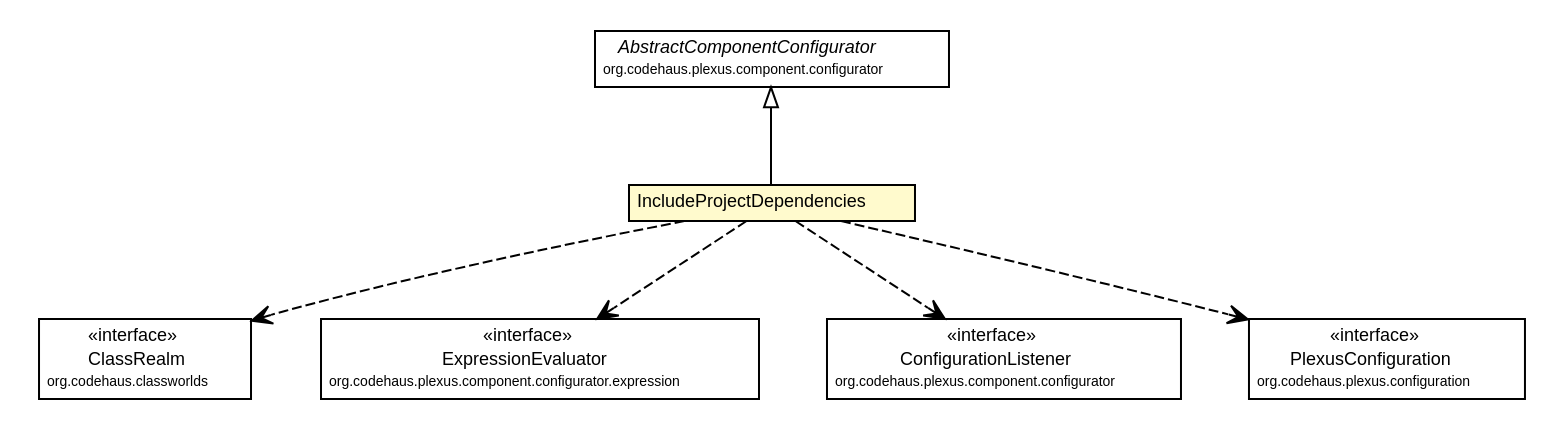
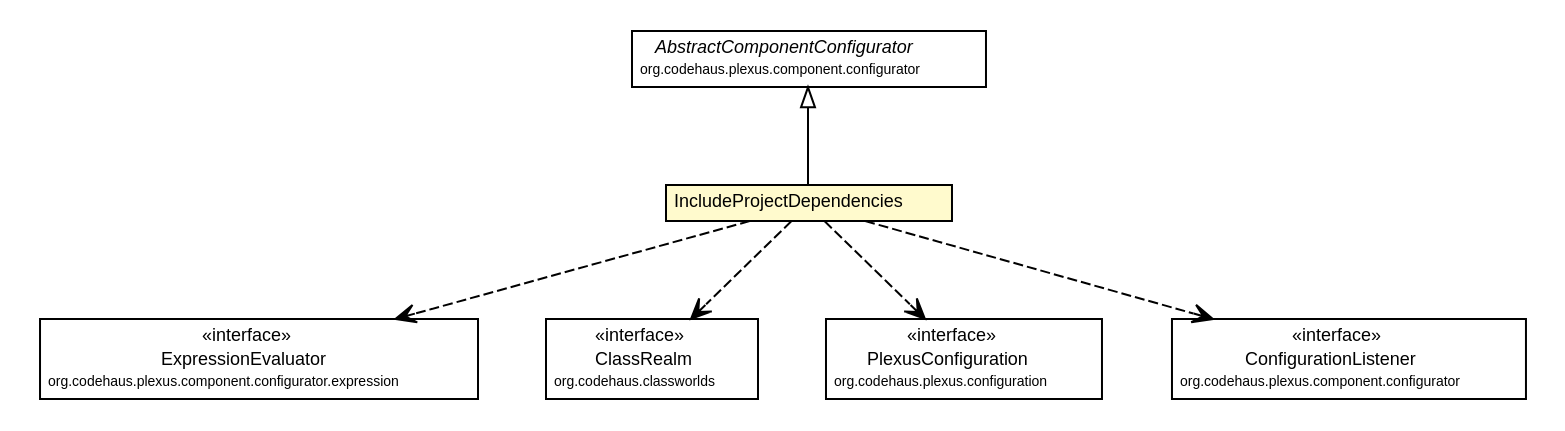
Before and after one commit to synchronoss/cpo-api: the diagram in site/apidocs/org/synchronoss/cpo/plugin/IncludeProjectDependencies.dot, drawn with Graphviz. The commit also changed 862 other files, not shown here.

```diff
--- a/site/apidocs/org/synchronoss/cpo/plugin/IncludeProjectDependencies.dot
+++ b/site/apidocs/org/synchronoss/cpo/plugin/IncludeProjectDependencies.dot
@@ -1,65 +1,65 @@
 #!/usr/local/bin/dot
 #
 # Class diagram 
 # Generated by UmlGraph version 4.6 (http://www.spinellis.gr/sw/umlgraph)
 #
 
 digraph G {
 	edge [fontname="Helvetica",fontsize=10,labelfontname="Helvetica",labelfontsize=10];
 	node [fontname="Helvetica",fontsize=10,shape=plaintext];
 	// org.synchronoss.cpo.plugin.IncludeProjectDependencies
 	c53834 [label=<<table border="0" cellborder="1" cellspacing="0" cellpadding="2" port="p" bgcolor="lemonChiffon" href="./IncludeProjectDependencies.html">
 		<tr><td><table border="0" cellspacing="0" cellpadding="1">
 			<tr><td> IncludeProjectDependencies </td></tr>
 		</table></td></tr>
 		</table>>, fontname="Helvetica", fontcolor="black", fontsize=9.0];
 	//org.synchronoss.cpo.plugin.IncludeProjectDependencies extends org.codehaus.plexus.component.configurator.AbstractComponentConfigurator
 	c53839:p -> c53834:p [dir=back,arrowtail=empty];
+	// org.synchronoss.cpo.plugin.IncludeProjectDependencies DEPEND org.codehaus.plexus.component.configurator.expression.ExpressionEvaluator
+	c53834:p -> c53840:p [taillabel="", label="", headlabel="", fontname="Helvetica", fontcolor="black", fontsize=10.0, color="black", arrowhead=open, style=dashed];
 	// org.synchronoss.cpo.plugin.IncludeProjectDependencies DEPEND org.codehaus.classworlds.ClassRealm
-	c53834:p -> c53842:p [taillabel="", label="", headlabel="", fontname="Helvetica", fontcolor="black", fontsize=10.0, color="black", arrowhead=open, style=dashed];
-	// org.synchronoss.cpo.plugin.IncludeProjectDependencies DEPEND org.codehaus.plexus.component.configurator.expression.ExpressionEvaluator
 	c53834:p -> c53843:p [taillabel="", label="", headlabel="", fontname="Helvetica", fontcolor="black", fontsize=10.0, color="black", arrowhead=open, style=dashed];
+	// org.synchronoss.cpo.plugin.IncludeProjectDependencies DEPEND org.codehaus.plexus.configuration.PlexusConfiguration
+	c53834:p -> c53844:p [taillabel="", label="", headlabel="", fontname="Helvetica", fontcolor="black", fontsize=10.0, color="black", arrowhead=open, style=dashed];
 	// org.synchronoss.cpo.plugin.IncludeProjectDependencies DEPEND org.codehaus.plexus.component.configurator.ConfigurationListener
-	c53834:p -> c53844:p [taillabel="", label="", headlabel="", fontname="Helvetica", fontcolor="black", fontsize=10.0, color="black", arrowhead=open, style=dashed];
-	// org.synchronoss.cpo.plugin.IncludeProjectDependencies DEPEND org.codehaus.plexus.configuration.PlexusConfiguration
 	c53834:p -> c53845:p [taillabel="", label="", headlabel="", fontname="Helvetica", fontcolor="black", fontsize=10.0, color="black", arrowhead=open, style=dashed];
 	// org.codehaus.classworlds.ClassRealm
-	c53842 [label=<<table border="0" cellborder="1" cellspacing="0" cellpadding="2" port="p" href="http://java.sun.com/j2se/1.4.2/docs/api/org/codehaus/classworlds/ClassRealm.html">
+	c53843 [label=<<table border="0" cellborder="1" cellspacing="0" cellpadding="2" port="p" href="http://java.sun.com/j2se/1.4.2/docs/api/org/codehaus/classworlds/ClassRealm.html">
 		<tr><td><table border="0" cellspacing="0" cellpadding="1">
 			<tr><td> &laquo;interface&raquo; </td></tr>
 			<tr><td> ClassRealm </td></tr>
 			<tr><td><font point-size="7.0"> org.codehaus.classworlds </font></td></tr>
 		</table></td></tr>
 		</table>>, fontname="Helvetica", fontcolor="black", fontsize=9.0];
 	// org.codehaus.plexus.component.configurator.expression.ExpressionEvaluator
-	c53843 [label=<<table border="0" cellborder="1" cellspacing="0" cellpadding="2" port="p" href="http://java.sun.com/j2se/1.4.2/docs/api/org/codehaus/plexus/component/configurator/expression/ExpressionEvaluator.html">
+	c53840 [label=<<table border="0" cellborder="1" cellspacing="0" cellpadding="2" port="p" href="http://java.sun.com/j2se/1.4.2/docs/api/org/codehaus/plexus/component/configurator/expression/ExpressionEvaluator.html">
 		<tr><td><table border="0" cellspacing="0" cellpadding="1">
 			<tr><td> &laquo;interface&raquo; </td></tr>
 			<tr><td> ExpressionEvaluator </td></tr>
 			<tr><td><font point-size="7.0"> org.codehaus.plexus.component.configurator.expression </font></td></tr>
 		</table></td></tr>
 		</table>>, fontname="Helvetica", fontcolor="black", fontsize=9.0];
 	// org.codehaus.plexus.component.configurator.AbstractComponentConfigurator
 	c53839 [label=<<table border="0" cellborder="1" cellspacing="0" cellpadding="2" port="p" href="http://java.sun.com/j2se/1.4.2/docs/api/org/codehaus/plexus/component/configurator/AbstractComponentConfigurator.html">
 		<tr><td><table border="0" cellspacing="0" cellpadding="1">
 			<tr><td><font face="Helvetica-Oblique"> AbstractComponentConfigurator </font></td></tr>
 			<tr><td><font point-size="7.0"> org.codehaus.plexus.component.configurator </font></td></tr>
 		</table></td></tr>
 		</table>>, fontname="Helvetica", fontcolor="black", fontsize=9.0];
 	// org.codehaus.plexus.component.configurator.ConfigurationListener
-	c53844 [label=<<table border="0" cellborder="1" cellspacing="0" cellpadding="2" port="p" href="http://java.sun.com/j2se/1.4.2/docs/api/org/codehaus/plexus/component/configurator/ConfigurationListener.html">
+	c53845 [label=<<table border="0" cellborder="1" cellspacing="0" cellpadding="2" port="p" href="http://java.sun.com/j2se/1.4.2/docs/api/org/codehaus/plexus/component/configurator/ConfigurationListener.html">
 		<tr><td><table border="0" cellspacing="0" cellpadding="1">
 			<tr><td> &laquo;interface&raquo; </td></tr>
 			<tr><td> ConfigurationListener </td></tr>
 			<tr><td><font point-size="7.0"> org.codehaus.plexus.component.configurator </font></td></tr>
 		</table></td></tr>
 		</table>>, fontname="Helvetica", fontcolor="black", fontsize=9.0];
 	// org.codehaus.plexus.configuration.PlexusConfiguration
-	c53845 [label=<<table border="0" cellborder="1" cellspacing="0" cellpadding="2" port="p" href="http://java.sun.com/j2se/1.4.2/docs/api/org/codehaus/plexus/configuration/PlexusConfiguration.html">
+	c53844 [label=<<table border="0" cellborder="1" cellspacing="0" cellpadding="2" port="p" href="http://java.sun.com/j2se/1.4.2/docs/api/org/codehaus/plexus/configuration/PlexusConfiguration.html">
 		<tr><td><table border="0" cellspacing="0" cellpadding="1">
 			<tr><td> &laquo;interface&raquo; </td></tr>
 			<tr><td> PlexusConfiguration </td></tr>
 			<tr><td><font point-size="7.0"> org.codehaus.plexus.configuration </font></td></tr>
 		</table></td></tr>
 		</table>>, fontname="Helvetica", fontcolor="black", fontsize=9.0];
 }
```
